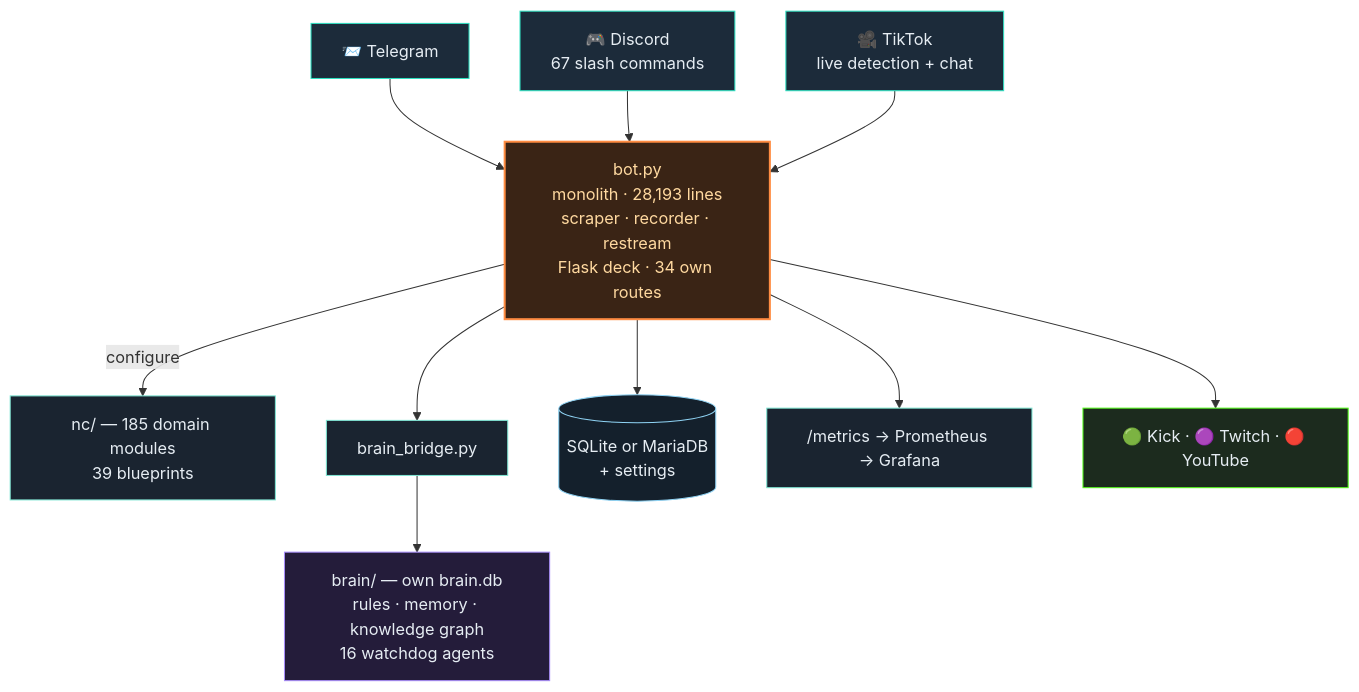
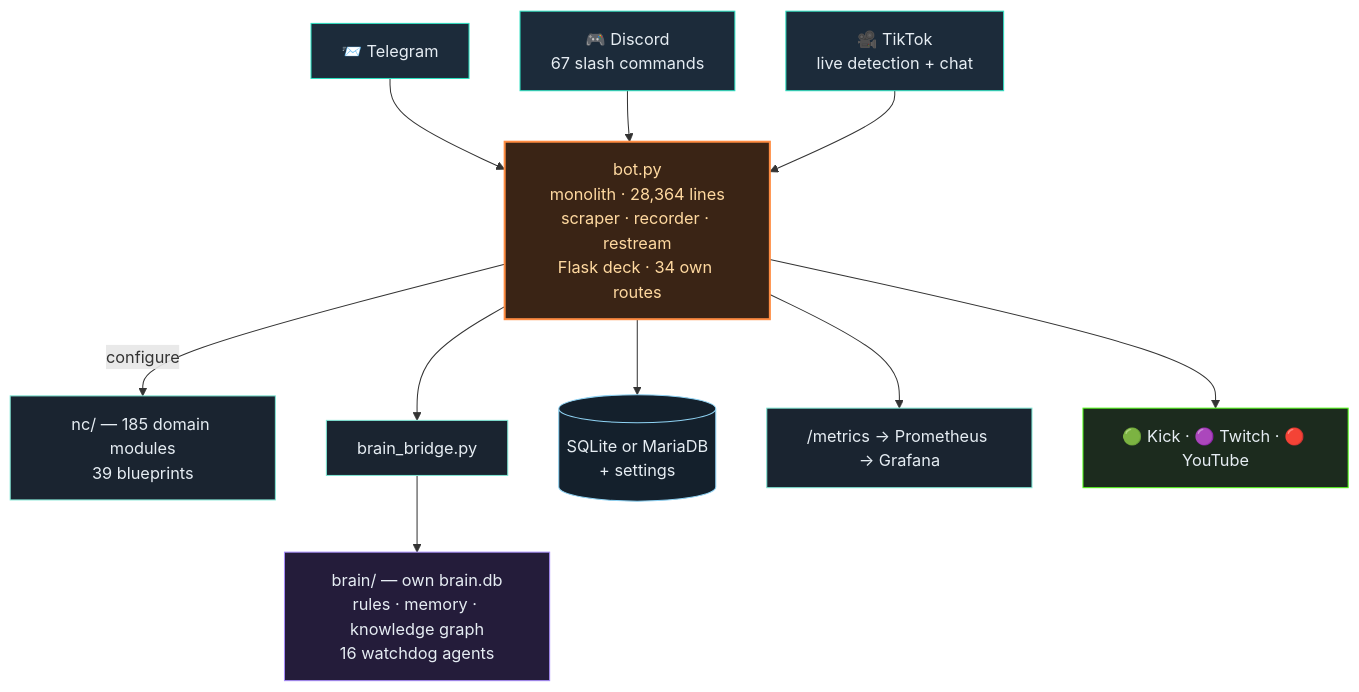
Before and after one commit to itsamemedev/Telegram-Stream-Info-Bot: the second of 3 diagrams in README.en.md, drawn with Mermaid. The commit also changed other lines of this file and 16 other files, not shown here.

````diff
--- a/README.en.md
+++ b/README.en.md
@@ -119,19 +119,19 @@
 ```mermaid
 flowchart TB
     TG["📨 Telegram"]:::ein --> BOT
     DC["🎮 Discord<br/>67 slash commands"]:::ein --> BOT
     TT["🎥 TikTok<br/>live detection + chat"]:::ein --> BOT
-    BOT["bot.py<br/>monolith · 28,193 lines<br/>scraper · recorder · restream<br/>Flask deck · 34 own routes"]:::core
+    BOT["bot.py<br/>monolith · 28,364 lines<br/>scraper · recorder · restream<br/>Flask deck · 34 own routes"]:::core
     BOT -->|configure| NC["nc/ — 185 domain modules<br/>39 blueprints"]:::lib
     BOT --> BR["brain_bridge.py"]:::lib
     BR --> BRAIN["brain/ — own brain.db<br/>rules · memory · knowledge graph<br/>16 watchdog agents"]:::brain
     BOT --> DB[("SQLite or MariaDB<br/>+ settings")]:::db
     BOT --> PROM["/metrics → Prometheus → Grafana"]:::lib
     BOT --> OUT["🟢 Kick · 🟣 Twitch · 🔴 YouTube"]:::out
     classDef ein fill:#1c2b3a,stroke:#2de1c2,color:#e6edf3
     classDef core fill:#3a2415,stroke:#ff8c42,stroke-width:2px,color:#ffd9a0
     classDef lib fill:#1a2430,stroke:#7fe7d4,color:#e6edf3
     classDef brain fill:#241c3a,stroke:#a78bfa,color:#e6edf3
     classDef db fill:#14202c,stroke:#8fd3f4,color:#e6edf3
     classDef out fill:#1c2b1e,stroke:#53fc18,color:#e6edf3
 ```
````
